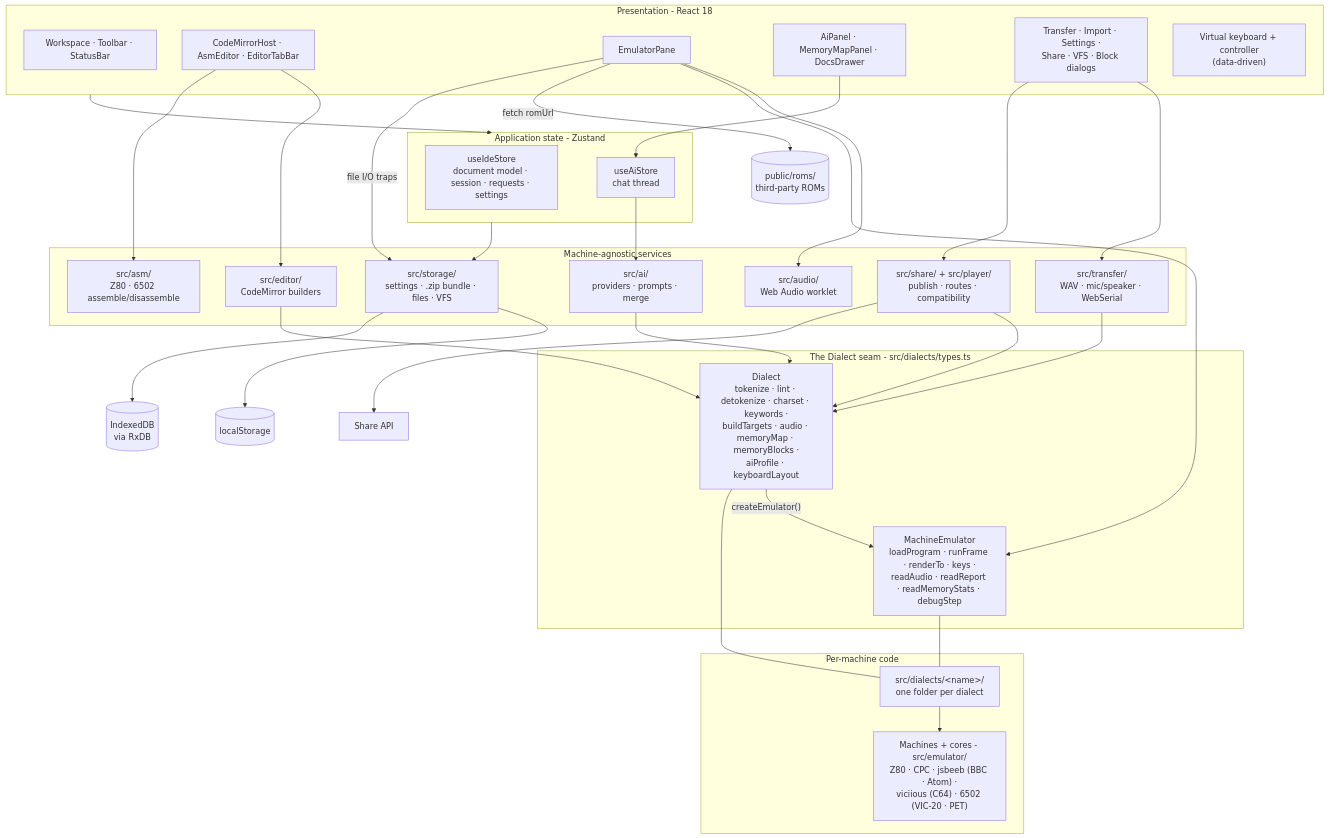
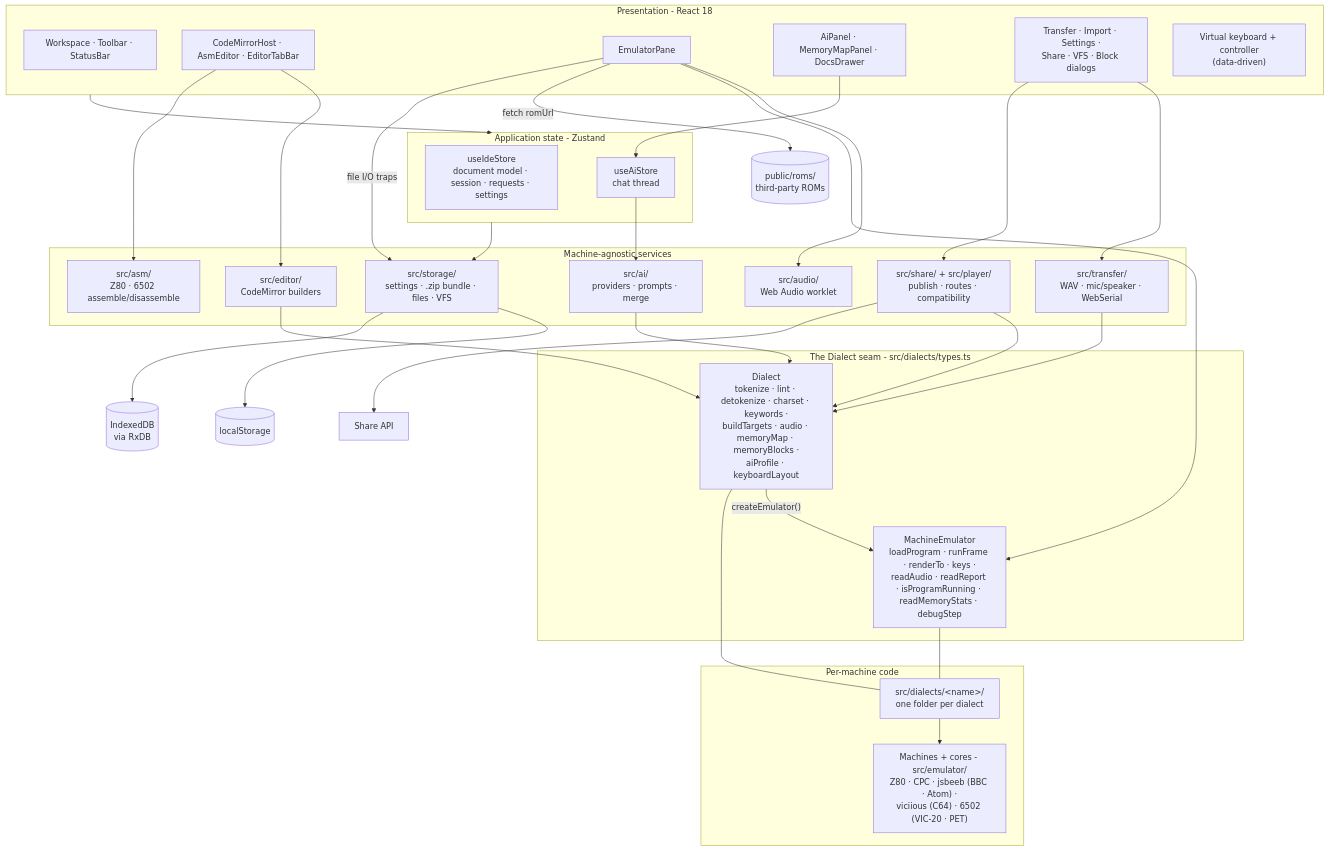
Before and after one commit to seanhodges/basically: the third of 9 diagrams in docs/contributing/architecture.md, drawn with Mermaid. The commit also changed other lines of this file and 29 other files, not shown here.

````diff
--- a/docs/contributing/architecture.md
+++ b/docs/contributing/architecture.md
@@ -279,63 +280,63 @@
 ```mermaid
 flowchart TB
   subgraph presentation ["Presentation - React 18"]
     workspace["Workspace · Toolbar · StatusBar"]
     editorui["CodeMirrorHost · AsmEditor · EditorTabBar"]
     emupane["EmulatorPane"]
     panels["AiPanel · MemoryMapPanel · DocsDrawer"]
     dialogs["Transfer · Import · Settings ·<br/>Share · VFS · Block dialogs"]
     vkbd["Virtual keyboard + controller<br/>(data-driven)"]
   end
 
   subgraph state ["Application state - Zustand"]
     store["useIdeStore<br/>document model · session · requests · settings"]
     aistore["useAiStore<br/>chat thread"]
   end
 
   subgraph services ["Machine-agnostic services"]
     editor["src/editor/<br/>CodeMirror builders"]
     asm["src/asm/<br/>Z80 · 6502 assemble/disassemble"]
     ai["src/ai/<br/>providers · prompts · merge"]
     transfer["src/transfer/<br/>WAV · mic/speaker · WebSerial"]
     shareapi["src/share/ + src/player/<br/>publish · routes · compatibility"]
     storage["src/storage/<br/>settings · .zip bundle · files · VFS"]
     audio["src/audio/<br/>Web Audio worklet"]
   end
 
   subgraph seam ["The Dialect seam - src/dialects/types.ts"]
     dialect["Dialect<br/>tokenize · lint · detokenize · charset · keywords ·<br/>buildTargets · audio · memoryMap · memoryBlocks ·<br/>aiProfile · keyboardLayout"]
-    machine["MachineEmulator<br/>loadProgram · runFrame · renderTo · keys ·<br/>readAudio · readReport · readMemoryStats · debugStep"]
+    machine["MachineEmulator<br/>loadProgram · runFrame · renderTo · keys ·<br/>readAudio · readReport · isProgramRunning · readMemoryStats · debugStep"]
   end
 
   subgraph machines ["Per-machine code"]
     folders["src/dialects/&lt;name&gt;/<br/>one folder per dialect"]
     cores["Machines + cores - src/emulator/<br/>Z80 · CPC · jsbeeb (BBC · Atom) ·<br/>viciious (C64) · 6502 (VIC-20 · PET)"]
   end
 
   roms[("public/roms/<br/>third-party ROMs")]
   ls[("localStorage")]
   idb[("IndexedDB<br/>via RxDB")]
   api["Share API"]
 
   presentation --> state
   editorui --> editor
   editorui --> asm
   panels --> aistore --> ai
   dialogs --> transfer
   dialogs --> shareapi
   emupane --> audio
   editor --> dialect
   ai --> dialect
   transfer --> dialect
   shareapi --> dialect
   emupane --> machine
   dialect -->|"createEmulator()"| machine
   dialect --- folders
   machine --- folders
   folders --> cores
   emupane -->|"fetch romUrl"| roms
   emupane -->|"file I/O traps"| storage
   state --> storage --> ls
   storage --> idb
   shareapi --> api
 ```
````
